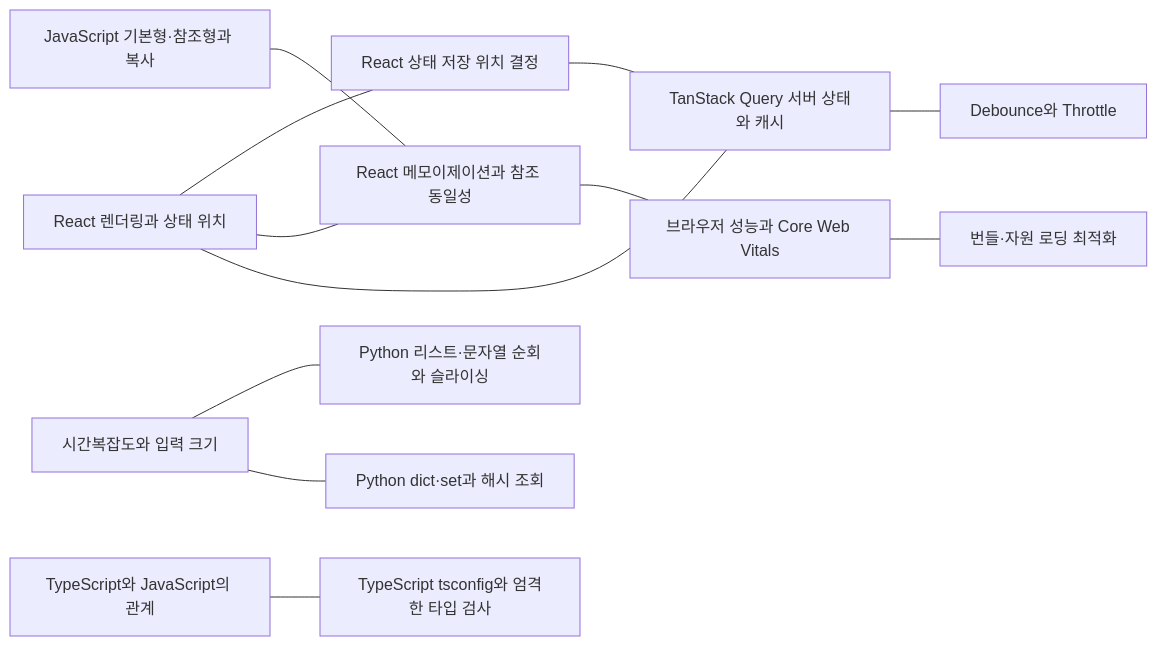
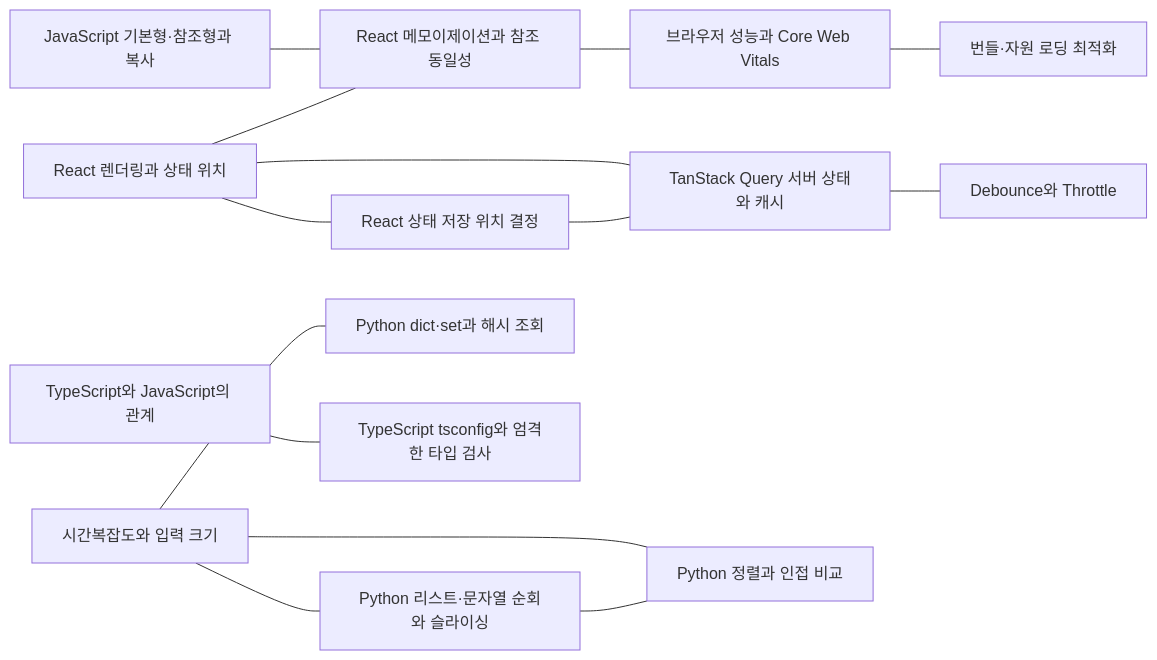
Before and after one commit to Dev-SangWoo/my-dev-wiki: the diagram in README.md, drawn with Mermaid.

Commit message:
정렬 지식 그래프 연결 추가

````diff
--- a/README.md
+++ b/README.md
@@ -15,28 +15,31 @@
 ```mermaid
 graph LR
     jsdata["JavaScript 기본형·참조형과 복사"]
     rendering["React 렌더링과 상태 위치"]
     state["React 상태 저장 위치 결정"]
     memo["React 메모이제이션과 참조 동일성"]
     query["TanStack Query 서버 상태와 캐시"]
     debounce["Debounce와 Throttle"]
     browser["브라우저 성능과 Core Web Vitals"]
     loading["번들·자원 로딩 최적화"]
     complexity["시간복잡도와 입력 크기"]
     pylist["Python 리스트·문자열 순회와 슬라이싱"]
     pyhash["Python dict·set과 해시 조회"]
+    pysort["Python 정렬과 인접 비교"]
     tsjs["TypeScript와 JavaScript의 관계"]
     tsconfig["TypeScript tsconfig와 엄격한 타입 검사"]
 
     jsdata --- memo
     rendering --- state
     rendering --- memo
     rendering --- query
     state --- query
     query --- debounce
     memo --- browser
     browser --- loading
     complexity --- pylist
     complexity --- pyhash
+    complexity --- pysort
+    pylist --- pysort
     tsjs --- tsconfig
 ```
````
